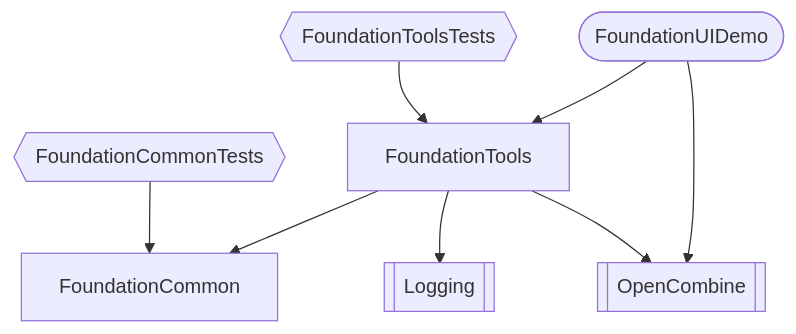
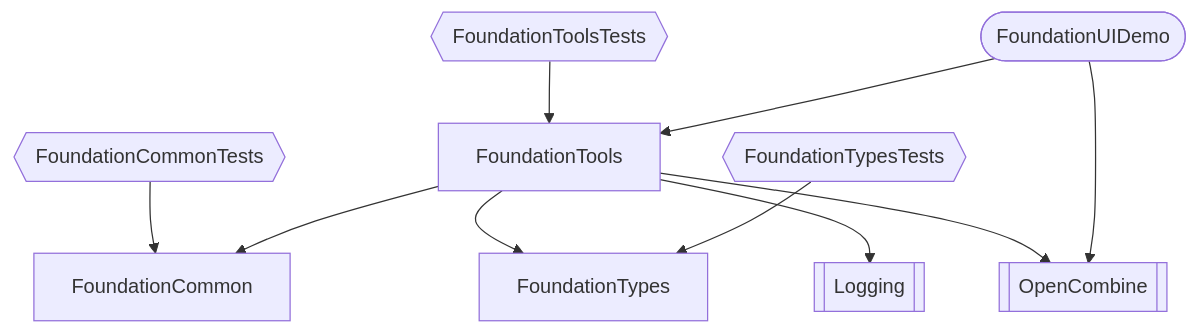
One commit to kopecn/spmFoundationTools changed the diagram in readme.md. Above: the diagram before and after it, drawn with Mermaid. The commit also changed other lines of this file, not shown here.

Commit message:
updating the readme mermaid

````diff
--- a/readme.md
+++ b/readme.md
@@ -10,11 +8,14 @@
 ```mermaid
 flowchart TD
     FoundationCommon
     FoundationCommonTests{{FoundationCommonTests}}-->FoundationCommon
     FoundationTools-->FoundationCommon
+    FoundationTools-->FoundationTypes
     FoundationTools-->Logging[[Logging]]
     FoundationTools-->OpenCombine[[OpenCombine]]
     FoundationToolsTests{{FoundationToolsTests}}-->FoundationTools
+    FoundationTypes
+    FoundationTypesTests{{FoundationTypesTests}}-->FoundationTypes
     FoundationUIDemo([FoundationUIDemo])-->FoundationTools
     FoundationUIDemo([FoundationUIDemo])-->OpenCombine[[OpenCombine]]
 ```
````
